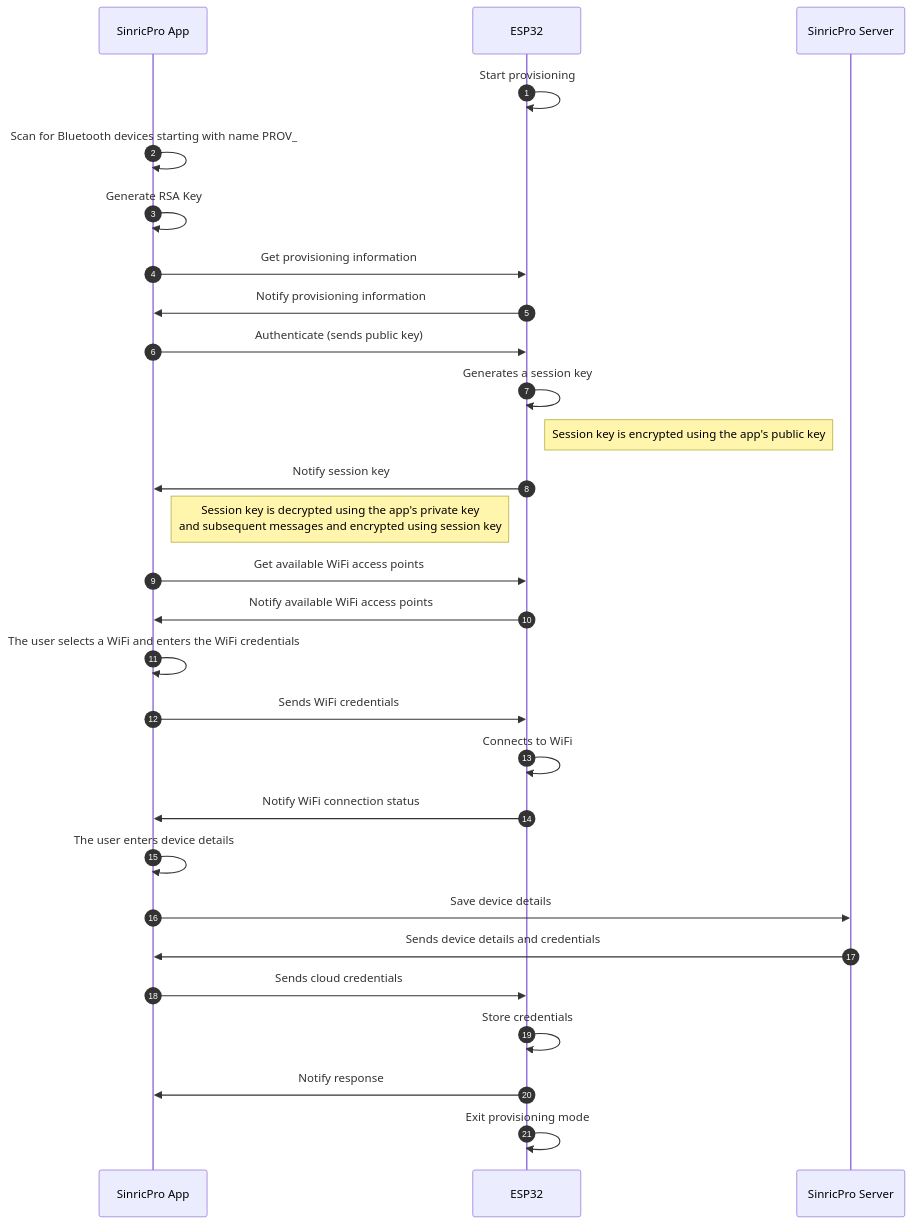
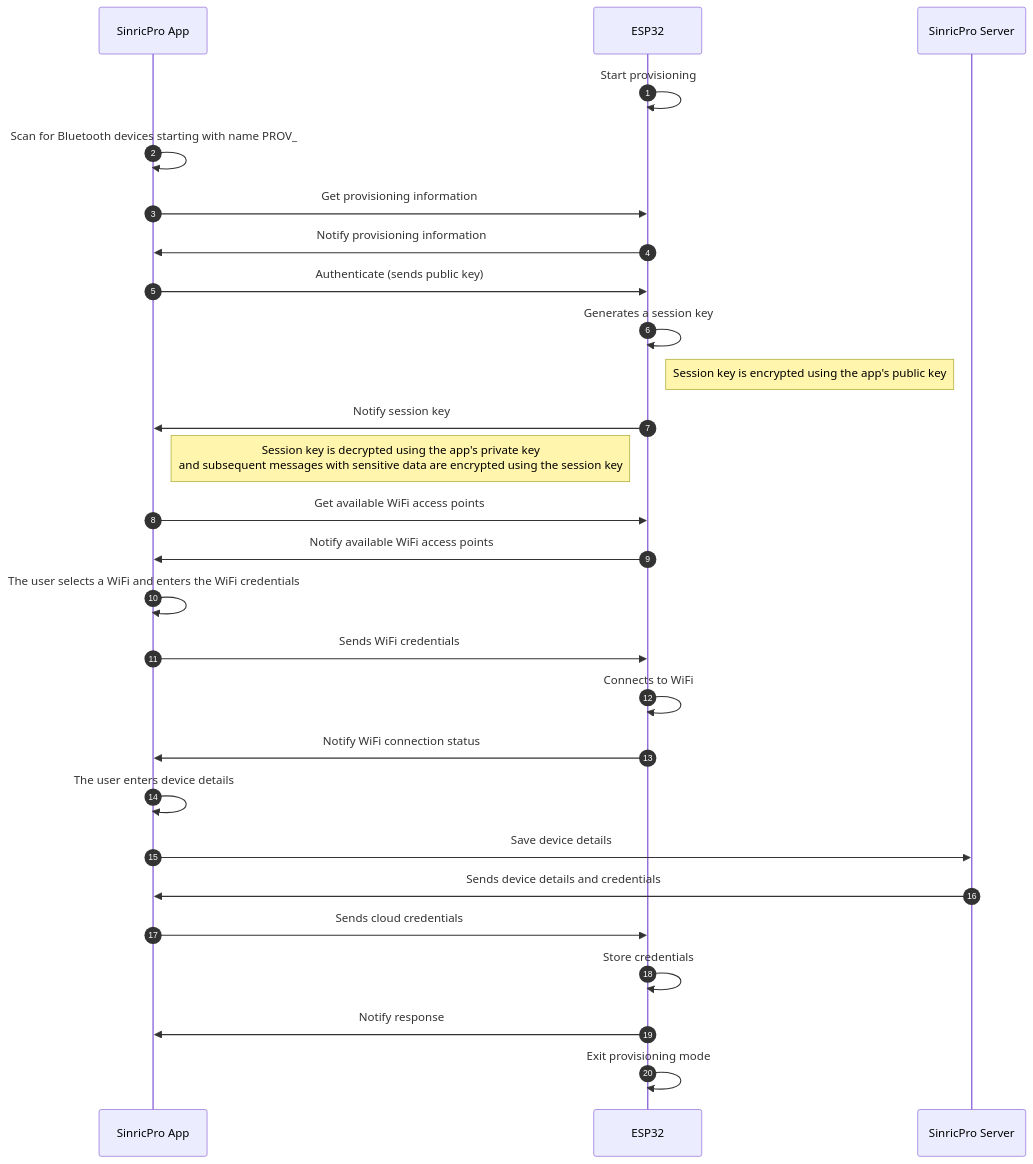
Before and after one commit to sinricpro/esp32-business-sdk: the diagram in README.md, drawn with Mermaid. The commit also changed other lines of this file, not shown here.

````diff
--- a/README.md
+++ b/README.md
@@ -16,32 +77,31 @@
 ```mermaid
 sequenceDiagram
   autonumber
   participant srpa as SinricPro App
   participant esp32 as ESP32
   participant srps as SinricPro Server
   esp32->>esp32: Start provisioning   
   srpa->>srpa: Scan for Bluetooth devices starting with name PROV_
-  srpa->>srpa: Generate RSA Key   
   srpa->>esp32: Get provisioning information
   esp32->>srpa: Notify provisioning information
   srpa->>esp32: Authenticate (sends public key)
   esp32->>esp32: Generates a session key
   Note right of esp32:  Session key is encrypted using the app's public key
   esp32->>srpa: Notify session key
-  Note right of srpa: Session key is decrypted using the app's private key <br/> and subsequent messages and encrypted using session key
+  Note right of srpa: Session key is decrypted using the app's private key <br/> and subsequent messages with sensitive data are encrypted using the session key
   srpa->>esp32: Get available WiFi access points
   esp32->>srpa: Notify available WiFi access points
   srpa->>srpa: The user selects a WiFi and enters the WiFi credentials
   srpa->>esp32: Sends WiFi credentials
   esp32->>esp32: Connects to WiFi
   esp32->>srpa: Notify WiFi connection status
   srpa->>srpa: The user enters device details
   srpa->>srps: Save device details
   srps->>srpa: Sends device details and credentials
   srpa->>esp32: Sends cloud credentials
   esp32->>esp32: Store credentials
   esp32->>srpa: Notify response
   esp32->>esp32: Exit provisioning mode
 
   %% https://mermaid.js.org/syntax/sequenceDiagram.html
 ```
````
